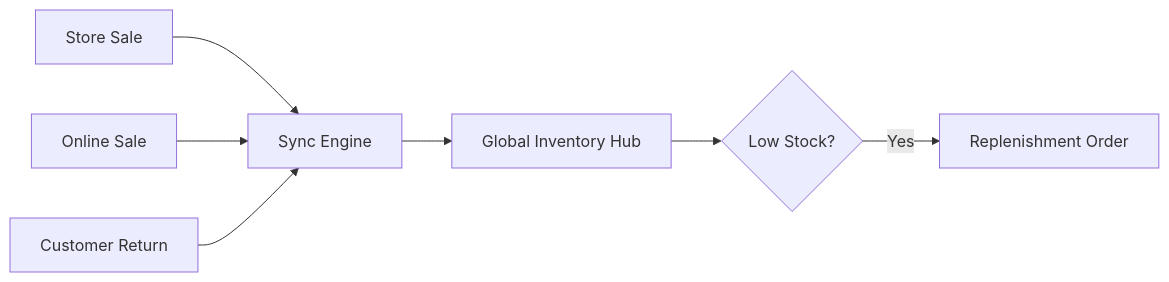
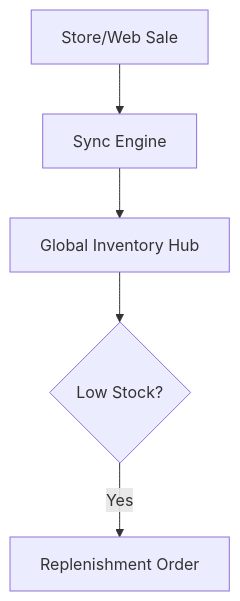
One commit to Devopstrio/retail-lz changed the fifth of 11 diagrams in README.md. Above: the diagram before and after it, drawn with Mermaid. The commit also changed other lines of this file, not shown here.

Commit message:
docs: implement 11+ professional architecture diagrams for retail landing zone platform

````diff
--- a/README.md
+++ b/README.md
@@ -87,10 +141,7 @@
 ```mermaid
-graph LR
-    POS[Store Sale] --> Sync[Sync Engine]
-    Web[Online Sale] --> Sync
-    Return[Customer Return] --> Sync
-    
-    Sync --> Hub[Global Inventory Hub]
-    Hub --> Alert{Low Stock?}
-    Alert -->|Yes| Restock[Replenishment Order]
+graph TD
+    Sale["Store/Web Sale"] --> Sync["Sync Engine"]
+    Sync --> Global["Global Inventory Hub"]
+    Global --> Alert{"Low Stock?"}
+    Alert -->|Yes| Restock["Replenishment Order"]
 ```
````
